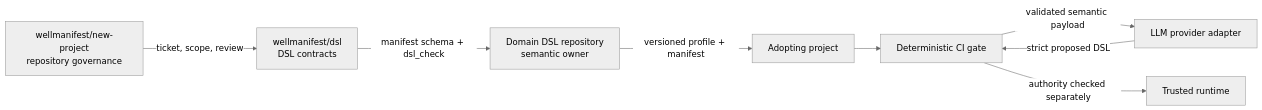
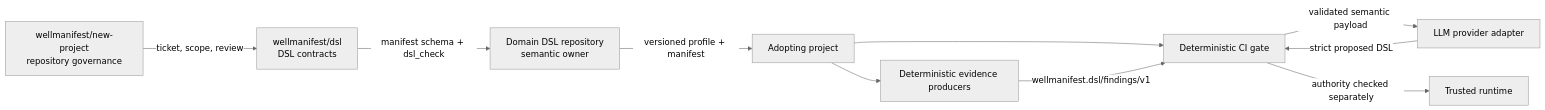
Before and after one commit to wellmanifest/dsl: the first of 6 diagrams in docs/ARCHITECTURE.md, drawn with Mermaid (neutral theme). The commit also changed other lines of this file and 12 other files, not shown here.

````diff
--- a/docs/ARCHITECTURE.md
+++ b/docs/ARCHITECTURE.md
@@ -10,18 +10,21 @@
 ```mermaid
 flowchart LR
     NP[wellmanifest/new-project\nrepository governance]
     DS[wellmanifest/dsl\nDSL contracts]
     DP[Domain DSL repository\nsemantic owner]
     AP[Adopting project]
     CI[Deterministic CI gate]
+    PROBE[Deterministic evidence producers]
     LLM[LLM provider adapter]
     RT[Trusted runtime]
 
     NP -->|ticket, scope, review| DS
     DS -->|manifest schema + dsl_check| DP
     DP -->|versioned profile + manifest| AP
     AP --> CI
+    AP --> PROBE
+    PROBE -->|wellmanifest.dsl/findings/v1| CI
     CI -->|validated semantic payload| LLM
     LLM -->|strict proposed DSL| CI
     CI -->|authority checked separately| RT
 ```
````
